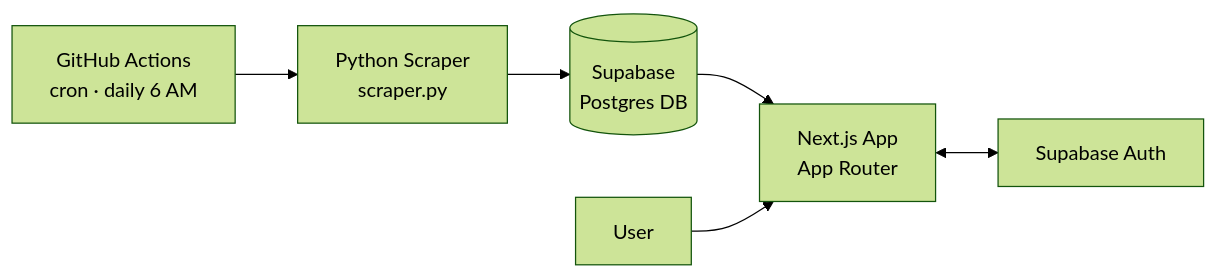
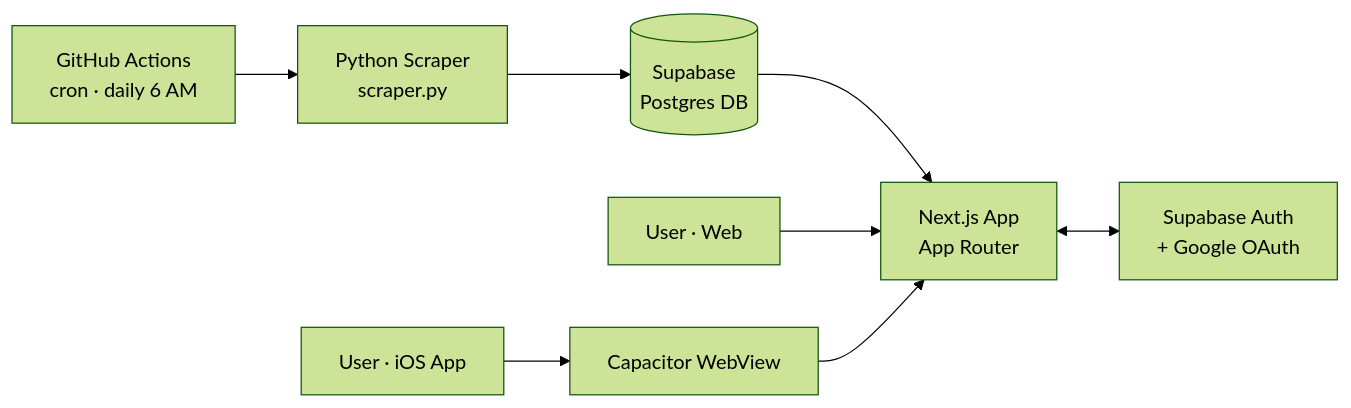
One commit to kunjalp/ucsc_dining_tracker changed the diagram in README.md. Above: the diagram before and after it, drawn with Mermaid (forest theme). The commit also changed other lines of this file, not shown here.

````diff
--- a/README.md
+++ b/README.md
@@ -87,8 +94,10 @@
 ```mermaid
 flowchart LR
     A[GitHub Actions\ncron · daily 6 AM] --> B[Python Scraper\nscraper.py]
     B --> C[(Supabase\nPostgres DB)]
     C --> D[Next.js App\nApp Router]
-    D <--> E[Supabase Auth]
-    F[User] --> D
+    D <--> E[Supabase Auth\n+ Google OAuth]
+    F[User · Web] --> D
+    G[User · iOS App] --> H[Capacitor WebView]
+    H --> D
 ```
````
